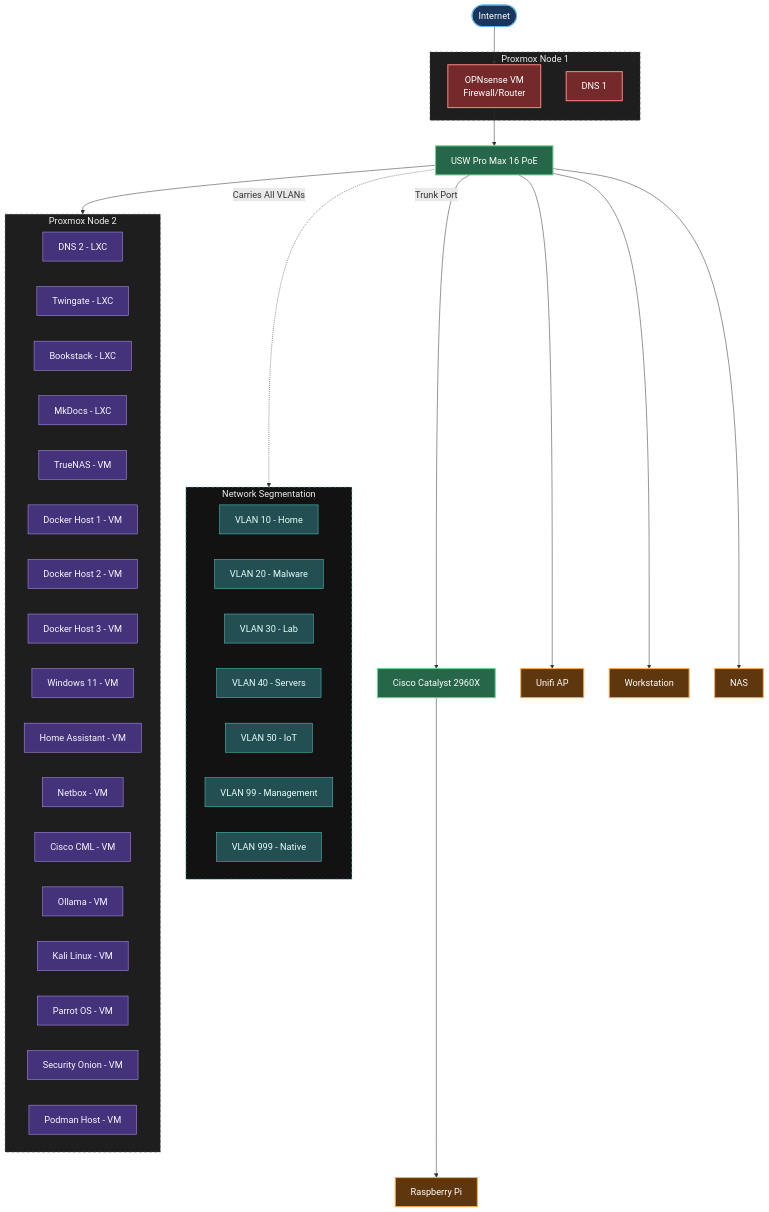
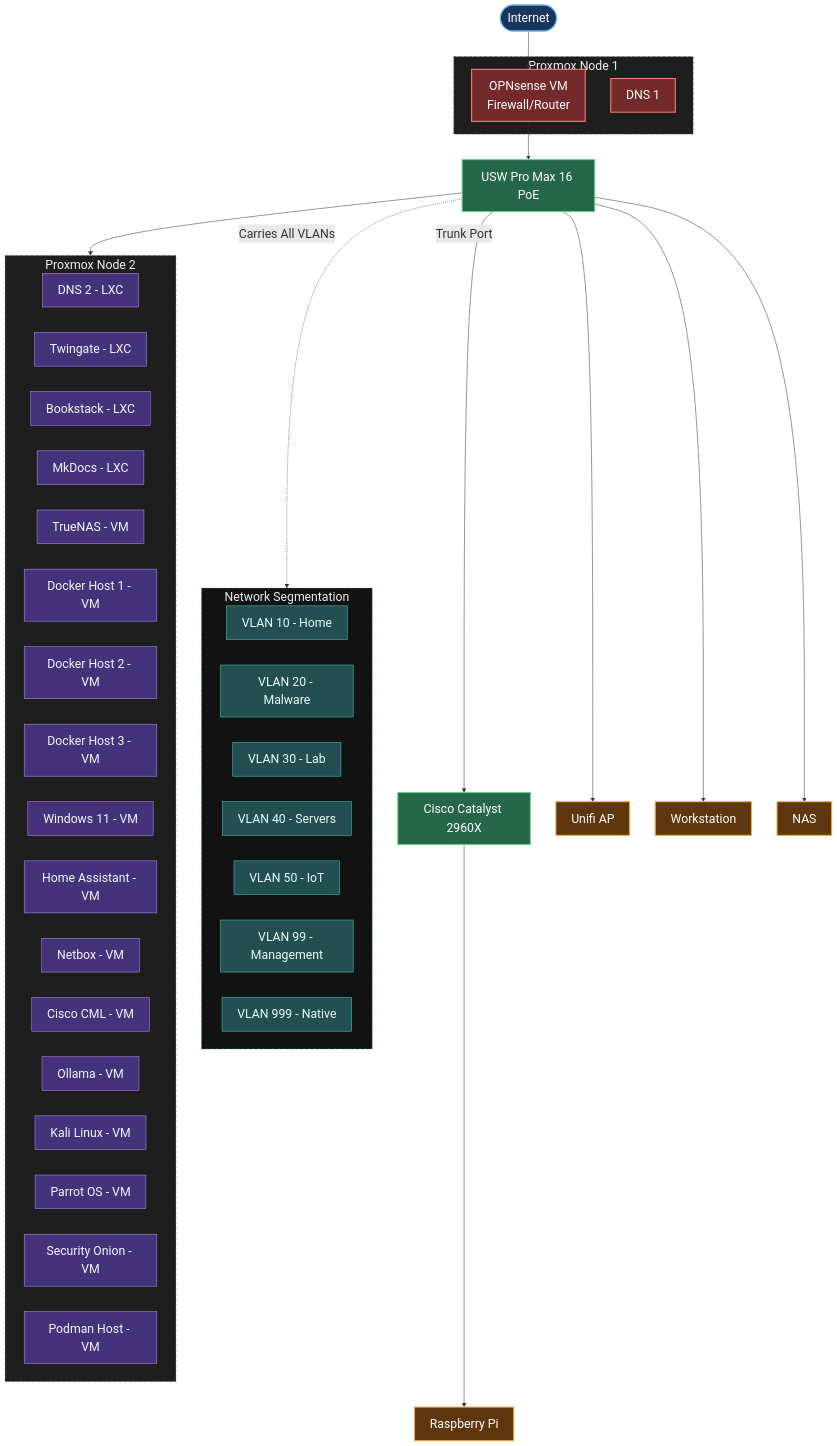
Before and after one commit to moshthesubnet/my-lab-docs: the diagram in docs/index.md, drawn with Mermaid.

````diff
--- a/docs/index.md
+++ b/docs/index.md
@@ -55,5 +55,5 @@
 ```mermaid
-%%{init: {'themeVariables': { 'fontSize': '18px'}}}%%
+%%{init: {'themeVariables': { 'fontSize': '24px'}}}%%
 graph TB
     %% Internet and Edge
     Internet([Internet])
````
